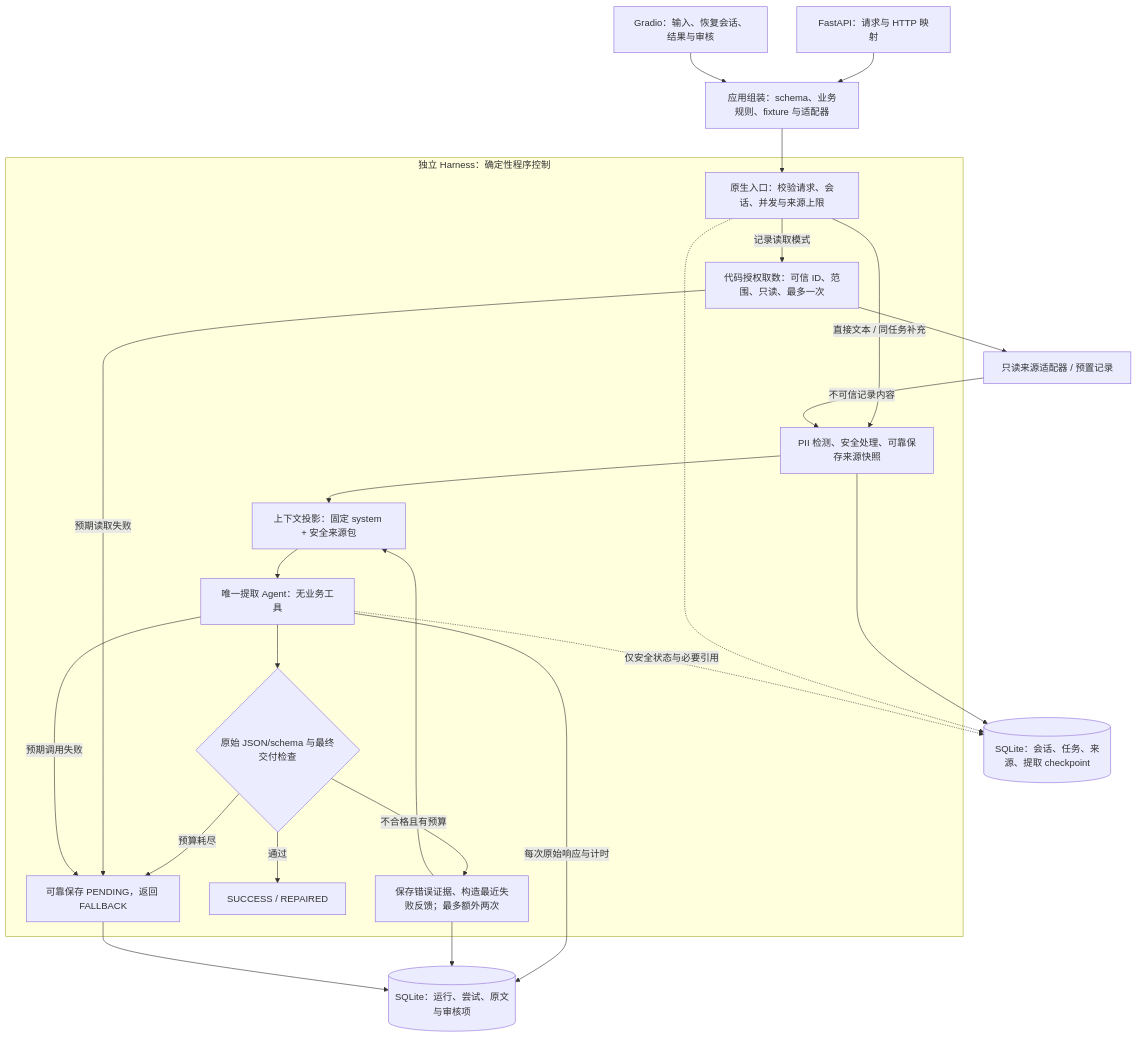
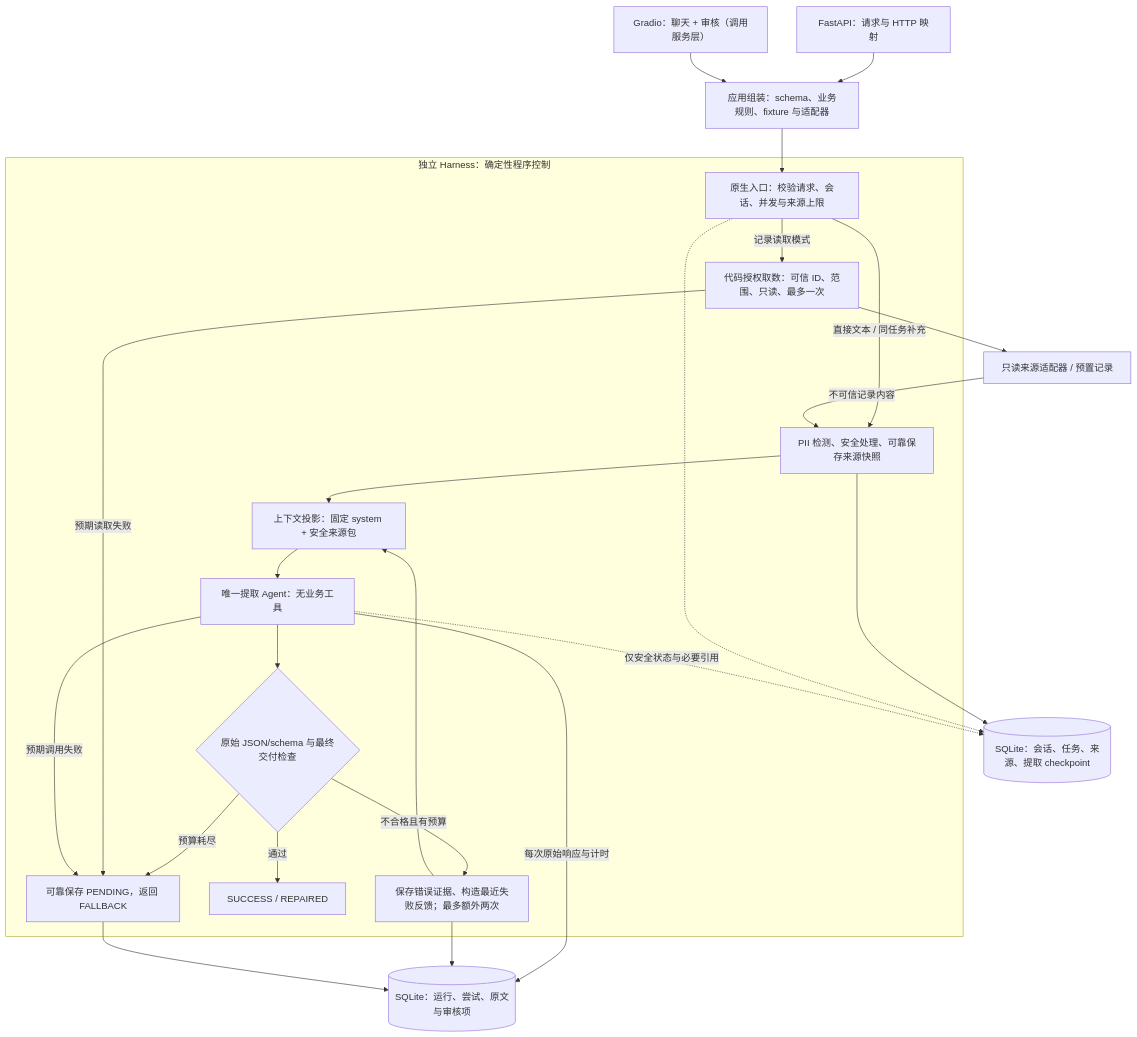
One commit to guch96/support-extraction-harness changed the diagram in docs/DESIGN_REVIEW.md. Above: the diagram before and after it, drawn with Mermaid. The commit also changed other lines of this file and 7 other files, not shown here.

````diff
--- a/docs/DESIGN_REVIEW.md
+++ b/docs/DESIGN_REVIEW.md
@@ -7,45 +7,45 @@
 ```mermaid
 flowchart TB
     API["FastAPI：请求与 HTTP 映射"]
-    UI["Gradio：输入、恢复会话、结果与审核"]
+    UI["Gradio：聊天 + 审核（调用服务层）"]
     APP["应用组装：schema、业务规则、fixture 与适配器"]
 
     subgraph CORE["独立 Harness：确定性程序控制"]
         RUN["原生入口：校验请求、会话、并发与来源上限"]
         LOAD["代码授权取数：可信 ID、范围、只读、最多一次"]
         PREP["PII 检测、安全处理、可靠保存来源快照"]
         CTX["上下文投影：固定 system + 安全来源包"]
         MODEL["唯一提取 Agent：无业务工具"]
         CHECK{"原始 JSON/schema 与最终交付检查"}
         REPAIR["保存错误证据、构造最近失败反馈；最多额外两次"]
         DONE["SUCCESS / REPAIRED"]
         REVIEW["可靠保存 PENDING，返回 FALLBACK"]
     end
 
     SOURCE["只读来源适配器 / 预置记录"]
     CP[("SQLite：会话、任务、来源、提取 checkpoint")]
     AUDIT[("SQLite：运行、尝试、原文与审核项")]
 
     API --> APP
     UI --> APP
     APP --> RUN
     RUN -->|"直接文本 / 同任务补充"| PREP
     RUN -->|"记录读取模式"| LOAD
     LOAD --> SOURCE
     SOURCE -->|"不可信记录内容"| PREP
     PREP --> CTX
     CTX --> MODEL
     MODEL --> CHECK
     CHECK -->|"通过"| DONE
     CHECK -->|"不合格且有预算"| REPAIR
     REPAIR --> CTX
     CHECK -->|"预算耗尽"| REVIEW
     LOAD -->|"预期读取失败"| REVIEW
     MODEL -->|"预期调用失败"| REVIEW
     PREP --> CP
     RUN -.-> CP
     MODEL -.->|"仅安全状态与必要引用"| CP
     MODEL -->|"每次原始响应与计时"| AUDIT
     REPAIR --> AUDIT
     REVIEW --> AUDIT
 ```
````
